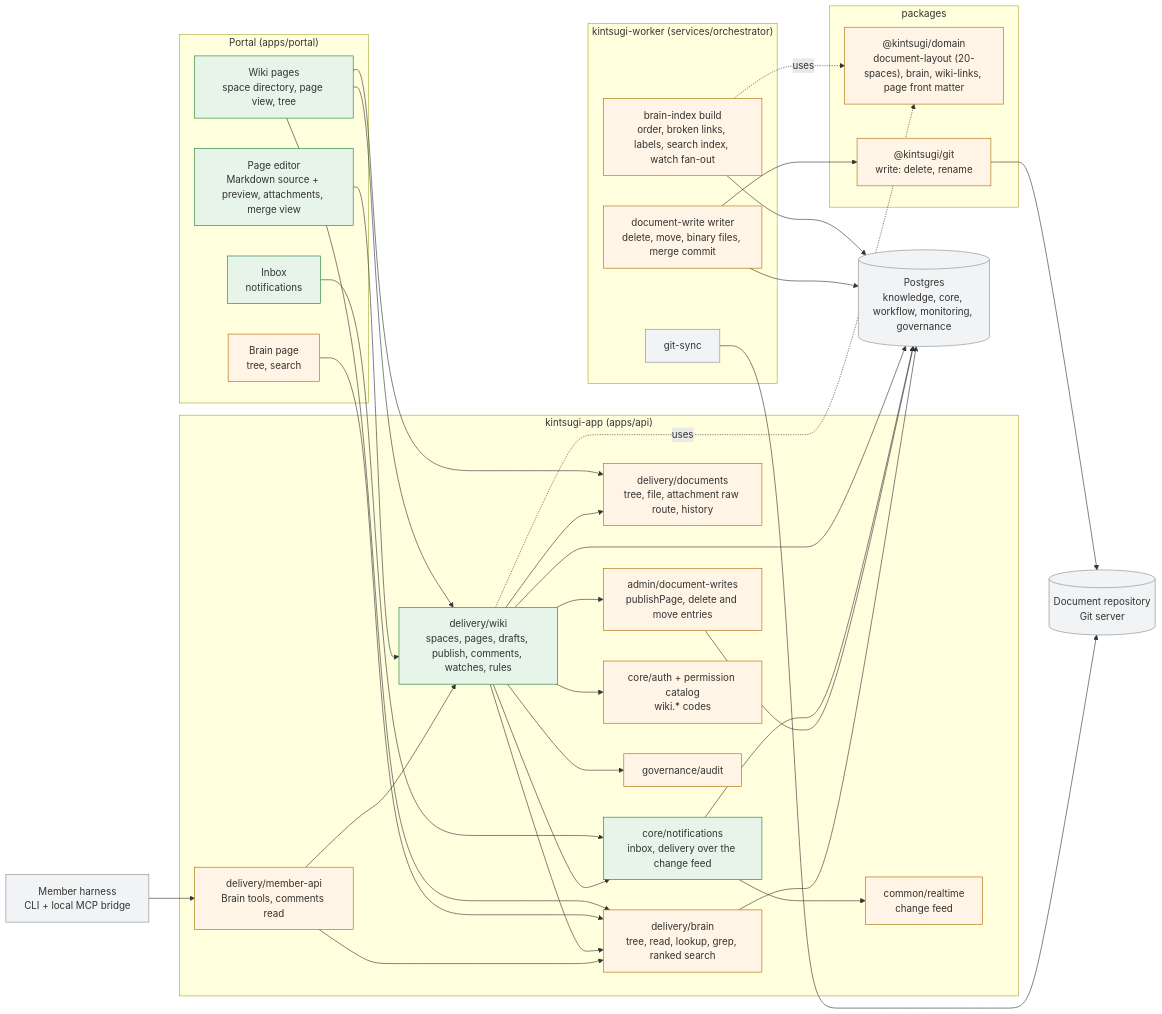
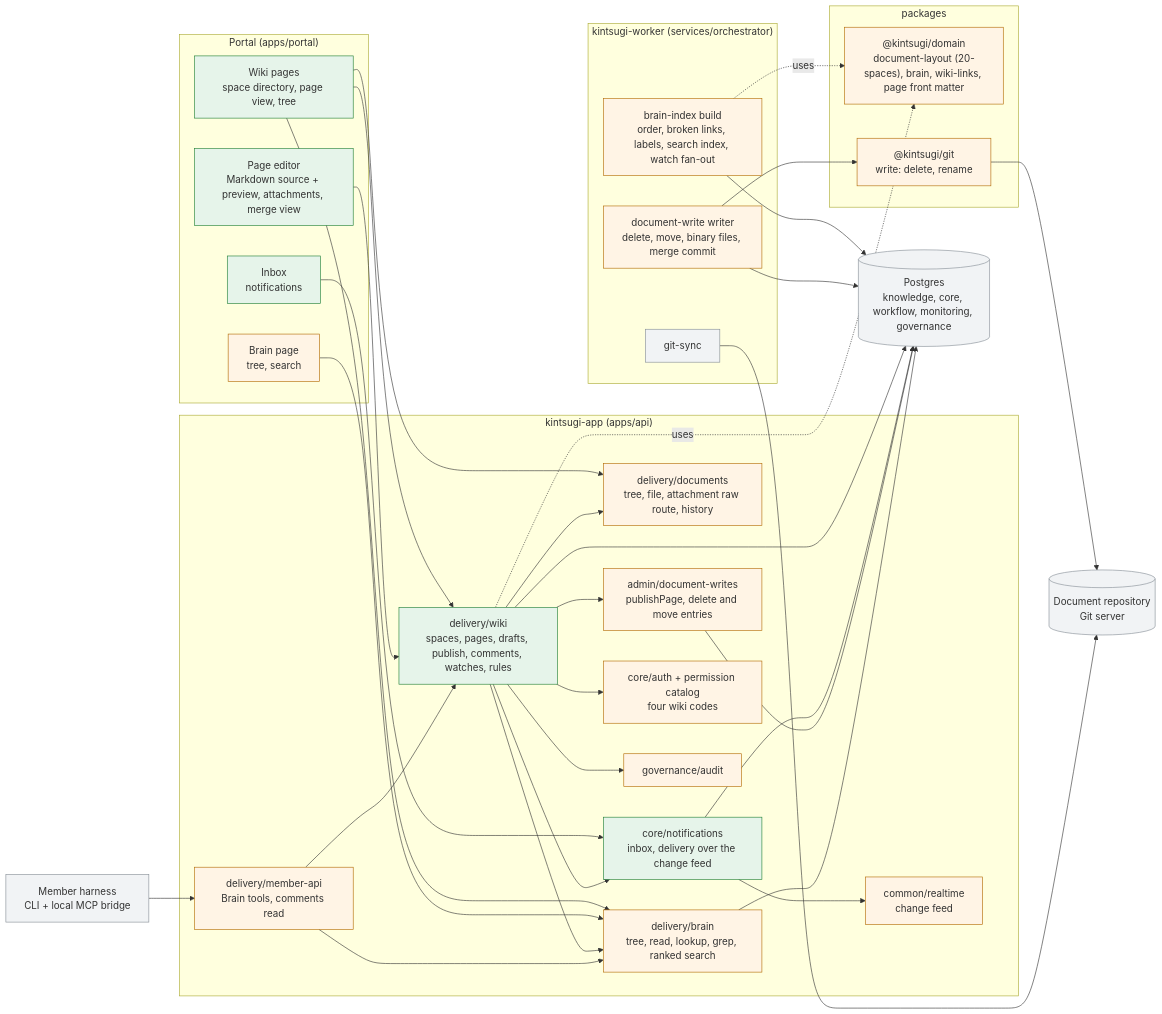
The first of 2 diagrams in docs/research/confluence-parity/40-architecture/target-architecture.md (evoelsewhere/kintsugi), drawn with Mermaid before and after one commit. The commit also changed other lines of this file and 1 other file, not shown here.

Commit message:
docs(decisions): list the four wiki permission codes once in adr-0099
Each code with the actions it allows; audit actions follow the existing <subject>.<verb> names so they are not mistaken for permission codes.

````diff
--- a/docs/research/confluence-parity/40-architecture/target-architecture.md
+++ b/docs/research/confluence-parity/40-architecture/target-architecture.md
@@ -11,54 +11,54 @@
 ```mermaid
 flowchart LR
   subgraph portal["Portal (apps/portal)"]
     WV["Wiki pages<br/>space directory, page view, tree"]:::new
     ED["Page editor<br/>Markdown source + preview, attachments, merge view"]:::new
     IN["Inbox<br/>notifications"]:::new
     BR["Brain page<br/>tree, search"]:::ext
   end
   subgraph api["kintsugi-app (apps/api)"]
     WIKI["delivery/wiki<br/>spaces, pages, drafts, publish, comments, watches, rules"]:::new
     NOTE["core/notifications<br/>inbox, delivery over the change feed"]:::new
     DOCS["delivery/documents<br/>tree, file, attachment raw route, history"]:::ext
     BRAIN["delivery/brain<br/>tree, read, lookup, grep, ranked search"]:::ext
     DW["admin/document-writes<br/>publishPage, delete and move entries"]:::ext
     MAPI["delivery/member-api<br/>Brain tools, comments read"]:::ext
-    AUTH["core/auth + permission catalog<br/>wiki.* codes"]:::ext
+    AUTH["core/auth + permission catalog<br/>four wiki codes"]:::ext
     AUD["governance/audit"]:::ext
     FEED["common/realtime<br/>change feed"]:::ext
   end
   subgraph worker["kintsugi-worker (services/orchestrator)"]
     WR["document-write writer<br/>delete, move, binary files, merge commit"]:::ext
     BI["brain-index build<br/>order, broken links, labels, search index, watch fan-out"]:::ext
     SY["git-sync"]:::same
   end
   subgraph pkgs["packages"]
     DOM["@kintsugi/domain<br/>document-layout (20-spaces), brain, wiki-links, page front matter"]:::ext
     GIT["@kintsugi/git<br/>write: delete, rename"]:::ext
   end
   PG[("Postgres<br/>knowledge, core, workflow, monitoring, governance")]:::same
   REPO[("Document repository<br/>Git server")]:::same
   HUB["Member harness<br/>CLI + local MCP bridge"]:::same
 
   WV --> WIKI & DOCS & BRAIN
   ED --> WIKI
   IN --> NOTE
   BR --> BRAIN
   WIKI --> DOCS & BRAIN & DW & AUTH & AUD & NOTE
   WIKI --> PG
   NOTE --> PG & FEED
   DW --> PG
   BRAIN --> PG
   MAPI --> BRAIN & WIKI
   HUB --> MAPI
   WR --> GIT --> REPO
   SY --> REPO
   BI --> PG
   WR --> PG
   WIKI -.uses.-> DOM
   BI -.uses.-> DOM
 
   classDef new fill:#e6f4ea,stroke:#1e7e34
   classDef ext fill:#fff4e5,stroke:#b26a00
   classDef same fill:#f1f3f5,stroke:#868e96
 ```
````
